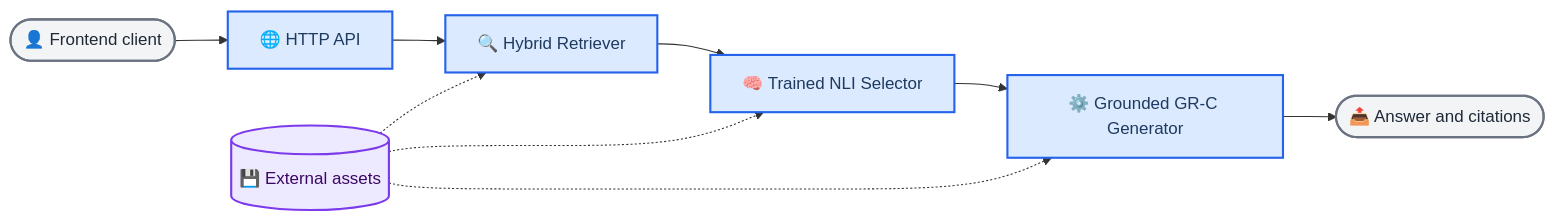
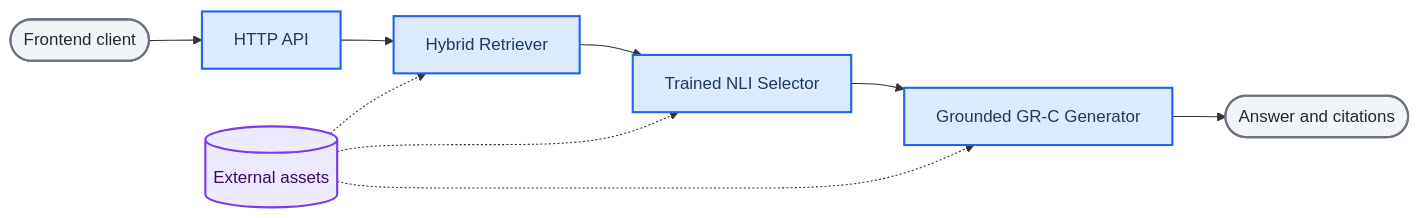
The diagram in README.md (M1yanoShiho/IBM_Granite_Project), drawn with Mermaid before and after one commit. The commit also changed other lines of this file and 1 other file, not shown here.

````diff
--- a/README.md
+++ b/README.md
@@ -33,22 +33,22 @@
 ```mermaid
 flowchart LR
     accTitle: Evidence RAG Request Pipeline
     accDescr: A frontend query passes through the HTTP API, Hybrid Retriever, trained NLI Selector, and grounded GR-C Generator before the cited response returns to the client
 
-    frontend([👤 Frontend client]) --> api[🌐 HTTP API]
-    api --> retriever[🔍 Hybrid Retriever]
-    retriever --> selector[🧠 Trained NLI Selector]
-    selector --> generator[⚙️ Grounded GR-C Generator]
-    generator --> response([📤 Answer and citations])
-    assets[(💾 External assets)] -.-> retriever
+    frontend([Frontend client]) --> api[HTTP API]
+    api --> retriever[Hybrid Retriever]
+    retriever --> selector[Trained NLI Selector]
+    selector --> generator[Grounded GR-C Generator]
+    generator --> response([Answer and citations])
+    assets[(External assets)] -.-> retriever
     assets -.-> selector
     assets -.-> generator
 
     classDef boundary fill:#f3f4f6,stroke:#6b7280,stroke-width:2px,color:#1f2937
     classDef module fill:#dbeafe,stroke:#2563eb,stroke-width:2px,color:#1e3a5f
     classDef data fill:#ede9fe,stroke:#7c3aed,stroke-width:2px,color:#3b0764
 
     class frontend,response boundary
     class api,retriever,selector,generator module
     class assets data
 ```
````
